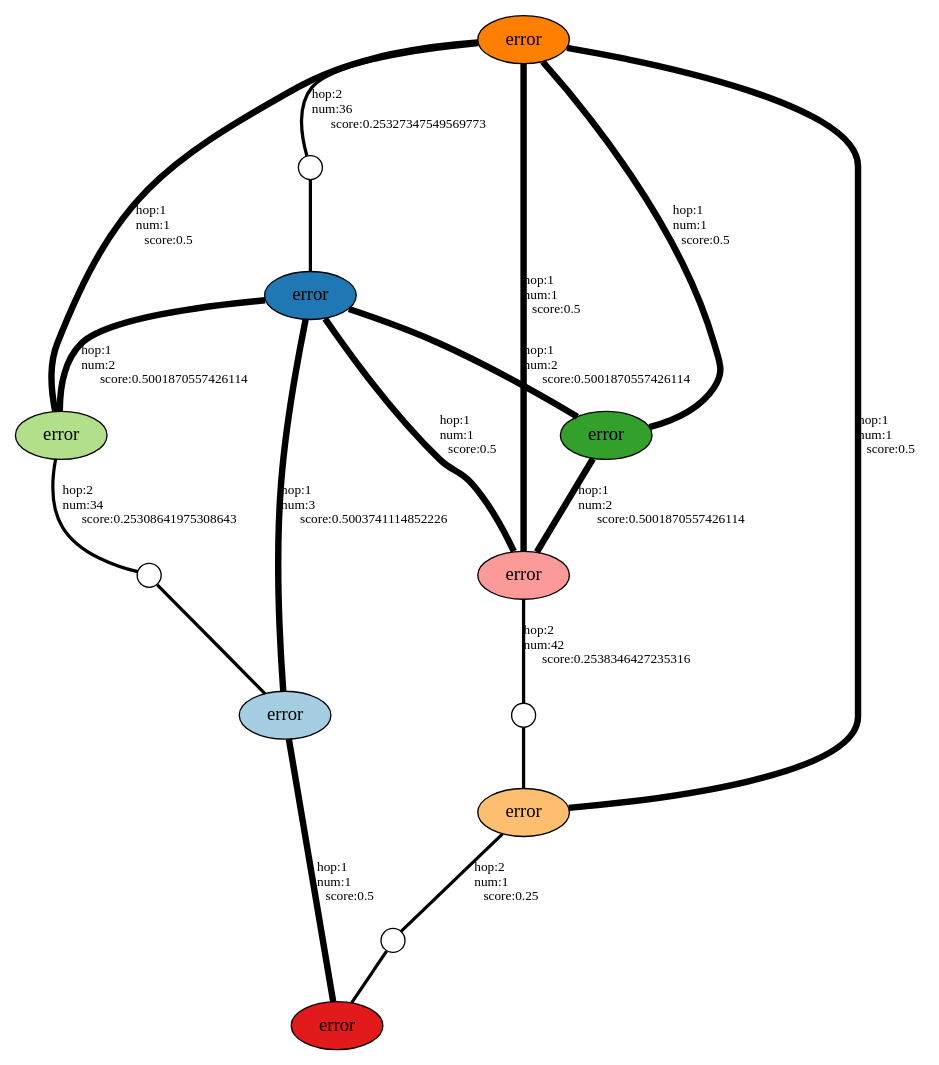
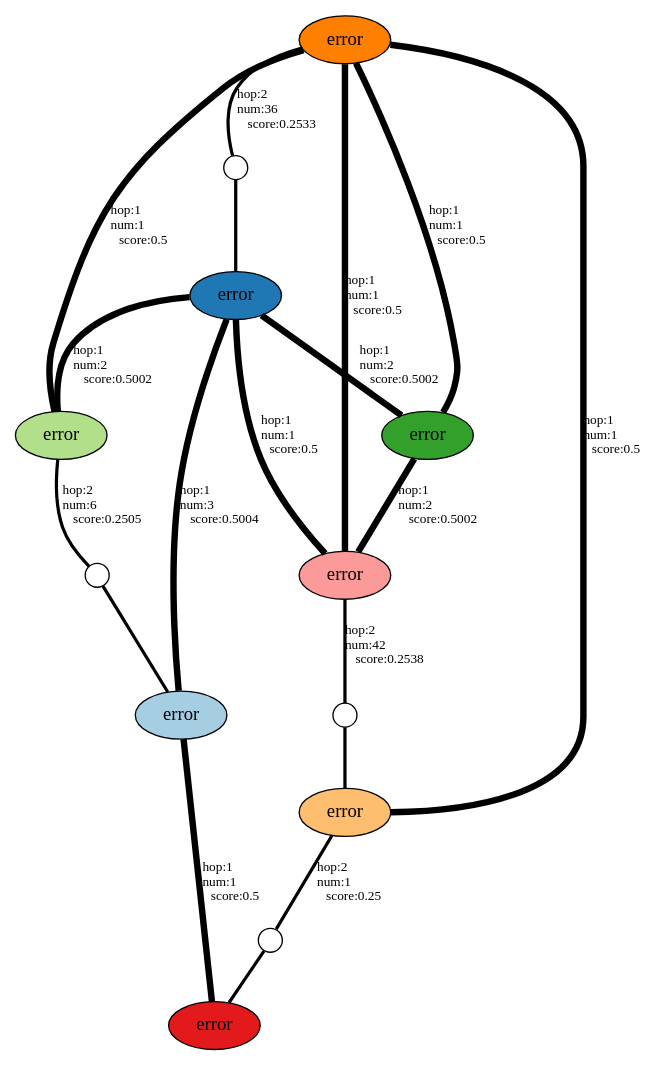
The diagram in answer_graph.gv (jujuhoo/Graph_Visualization), drawn with Graphviz before and after one commit. The commit also changed 14 other files, not shown here.

```diff
--- a/answer_graph.gv
+++ b/answer_graph.gv
@@ -1,33 +1,33 @@
 graph{
 edge[fontsize="10px"];
-483642171--d0[penwidth=2.4422799422799426,label=" hop:2\l num:36\l score:0.25327347549569773"];
+483642171--d0[penwidth=2.4422799422799426,label=" hop:2\l num:36\l score:0.2533"];
 d0--231440670[penwidth=2.4422799422799426];
 483642171--821752614[penwidth=4.821428571428571,label=" hop:1\l num:1\l score:0.5"];
 483642171--38855274[penwidth=4.821428571428571,label=" hop:1\l num:1\l score:0.5"];
 483642171--738187676[penwidth=4.821428571428571,label=" hop:1\l num:1\l score:0.5"];
-483642171--556045767[penwidth=4.821428571428571,label=" hop:1\l num:1\l score:0.5"];
-231440670--821752614[penwidth=4.8232323232323235,label=" hop:1\l num:2\l score:0.5001870557426114"];
+483642171--210210875[penwidth=4.821428571428571,label=" hop:1\l num:1\l score:0.5"];
+231440670--821752614[penwidth=4.8232323232323235,label=" hop:1\l num:2\l score:0.5002"];
 231440670--38855274[penwidth=4.821428571428571,label=" hop:1\l num:1\l score:0.5"];
-231440670--556045767[penwidth=4.8232323232323235,label=" hop:1\l num:2\l score:0.5001870557426114"];
-231440670--1018262481[penwidth=4.825036075036076,label=" hop:1\l num:3\l score:0.5003741114852226"];
-821752614--38855274[penwidth=4.8232323232323235,label=" hop:1\l num:2\l score:0.5001870557426114"];
-38855274--d1[penwidth=2.447691197691198,label=" hop:2\l num:42\l score:0.2538346427235316"];
+231440670--210210875[penwidth=4.8232323232323235,label=" hop:1\l num:2\l score:0.5002"];
+231440670--1018262481[penwidth=4.825036075036076,label=" hop:1\l num:3\l score:0.5004"];
+821752614--38855274[penwidth=4.8232323232323235,label=" hop:1\l num:2\l score:0.5002"];
+38855274--d1[penwidth=2.447691197691198,label=" hop:2\l num:42\l score:0.2538"];
 d1--738187676[penwidth=2.447691197691198];
 738187676--d2[penwidth=2.4107142857142856,label=" hop:2\l num:1\l score:0.25"];
 d2--560221701[penwidth=2.4107142857142856];
-556045767--d3[penwidth=2.4404761904761907,label=" hop:2\l num:34\l score:0.25308641975308643"];
-d3--1018262481[penwidth=2.4404761904761907];
+210210875--d3[penwidth=2.4152236652236656,label=" hop:2\l num:6\l score:0.2505"];
+d3--1018262481[penwidth=2.4152236652236656];
 1018262481--560221701[penwidth=4.821428571428571,label=" hop:1\l num:1\l score:0.5"];
 483642171[label="error",fillcolor="/paired12/8",style="filled"]
 231440670[label="error",fillcolor="/paired12/2",style="filled"]
 821752614[label="error",fillcolor="/paired12/4",style="filled"]
 38855274[label="error",fillcolor="/paired12/5",style="filled"]
 738187676[label="error",fillcolor="/paired12/7",style="filled"]
-556045767[label="error",fillcolor="/paired12/3",style="filled"]
+210210875[label="error",fillcolor="/paired12/3",style="filled"]
 1018262481[label="error",fillcolor="/paired12/1",style="filled"]
 560221701[label="error",fillcolor="/paired12/6",style="filled"]
 d0[label="",width=.25, height=.25, fixedsize=true]
 d1[label="",width=.25, height=.25, fixedsize=true]
 d2[label="",width=.25, height=.25, fixedsize=true]
 d3[label="",width=.25, height=.25, fixedsize=true]
 }
```
